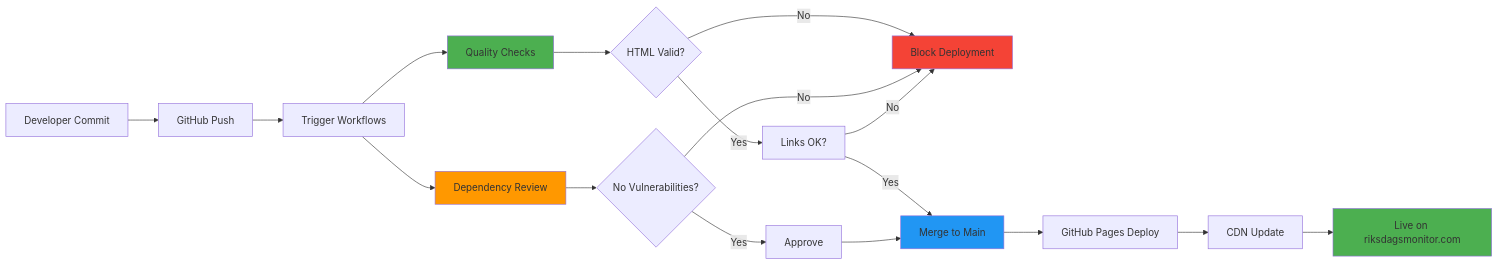
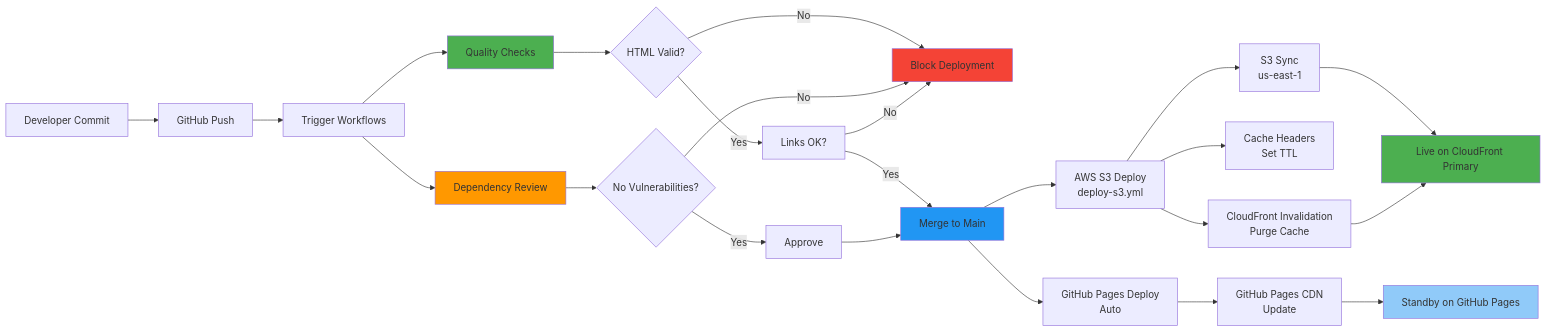
The third of 11 diagrams in ARCHITECTURE.md (Hack23/riksdagsmonitor), drawn with Mermaid before and after one commit. The commit also changed other lines of this file and 1 other file, not shown here.

Commit message:
Add BCPPlan.md and update ARCHITECTURE.md for AWS dual-deployment

````diff
--- a/ARCHITECTURE.md
+++ b/ARCHITECTURE.md
@@ -117,31 +149,42 @@
 ```mermaid
 graph LR
     A[Developer Commit] --> B[GitHub Push]
     B --> C[Trigger Workflows]
     
     C --> D[Quality Checks]
     C --> E[Dependency Review]
     
     D --> F{HTML Valid?}
     E --> G{No Vulnerabilities?}
     
     F -->|Yes| H[Links OK?]
     F -->|No| I[Block Deployment]
     
     G -->|Yes| J[Approve]
     G -->|No| I
     
     H -->|Yes| K[Merge to Main]
     H -->|No| I
     
     J --> K
-    K --> L[GitHub Pages Deploy]
-    L --> M[CDN Update]
-    M --> N[Live on riksdagsmonitor.com]
+    
+    K --> L1[AWS S3 Deploy<br/>deploy-s3.yml]
+    K --> L2[GitHub Pages Deploy<br/>Auto]
+    
+    L1 --> M1[S3 Sync<br/>us-east-1]
+    L1 --> M2[Cache Headers<br/>Set TTL]
+    L1 --> M3[CloudFront Invalidation<br/>Purge Cache]
+    
+    L2 --> M4[GitHub Pages CDN<br/>Update]
+    
+    M1 --> N[Live on CloudFront Primary]
+    M3 --> N
+    M4 --> O[Standby on GitHub Pages]
     
     style D fill:#4caf50
     style E fill:#ff9800
     style K fill:#2196f3
     style I fill:#f44336
     style N fill:#4caf50
+    style O fill:#90caf9
 ```
````
